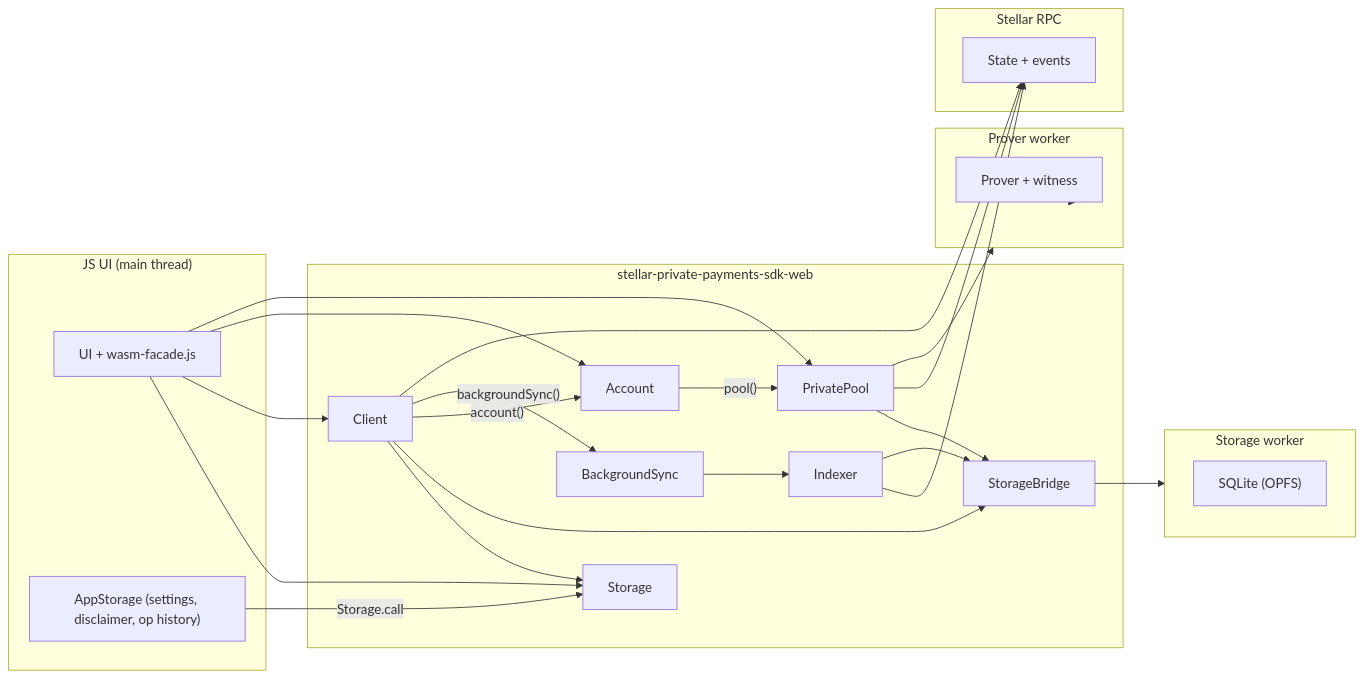
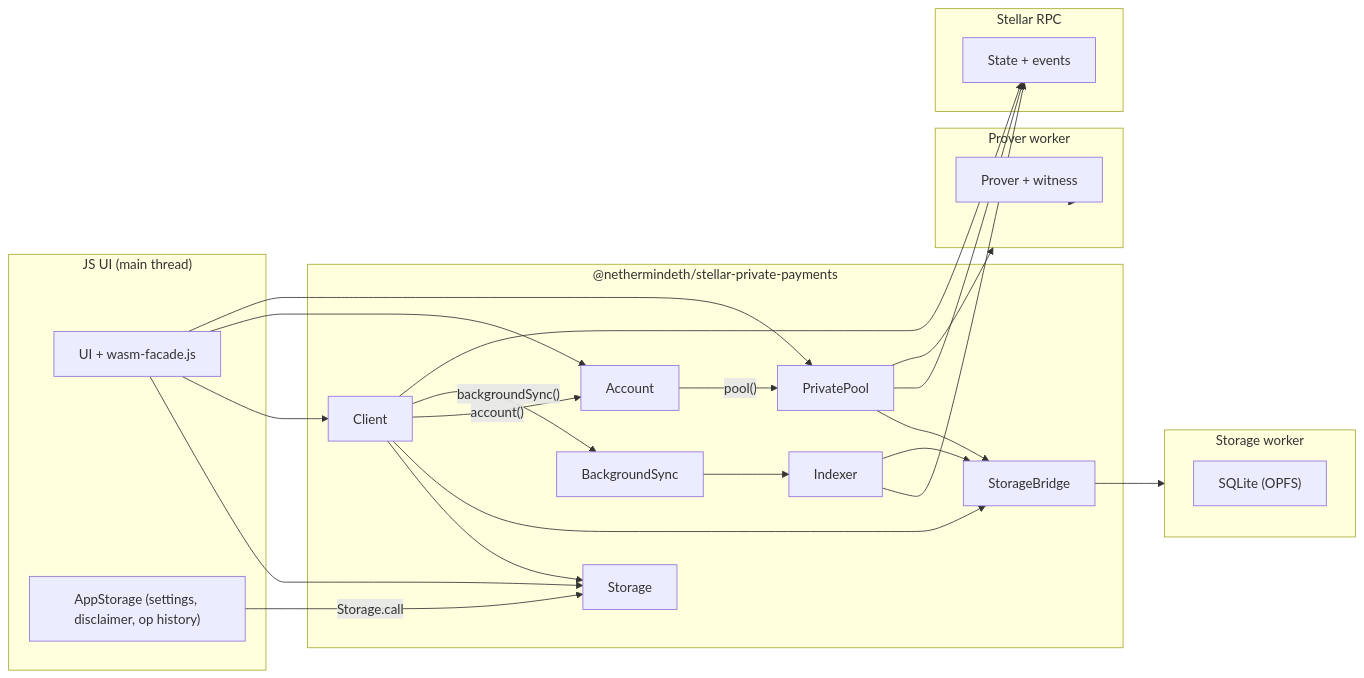
One commit to NethermindEth/stellar-private-payments changed the diagram in app/ARCHITECTURE.md. Above: the diagram before and after it, drawn with Mermaid. The commit also changed other lines of this file and 22 other files, not shown here.

````diff
--- a/app/ARCHITECTURE.md
+++ b/app/ARCHITECTURE.md
@@ -117,49 +117,49 @@
 ```mermaid
 flowchart LR
   subgraph JS["JS UI (main thread)"]
     UI["UI + wasm-facade.js"]
     AS["AppStorage (settings, disclaimer, op history)"]
   end
 
-  subgraph PKG["stellar-private-payments-sdk-web"]
+  subgraph PKG["@nethermindeth/stellar-private-payments"]
     ST["Storage"]
     CL["Client"]
     AC["Account"]
     PP["PrivatePool"]
     SB["StorageBridge"]
     BS["BackgroundSync"]
     IDX["Indexer"]
   end
 
   subgraph SW["Storage worker"]
     DB["SQLite (OPFS)"]
   end
 
   subgraph PW["Prover worker"]
     PR["Prover + witness"]
   end
 
   subgraph RPC["Stellar RPC"]
     RPCAPI["State + events"]
   end
 
   UI --> ST
   UI --> CL
   UI --> AC
   UI --> PP
   AS -->|"Storage.call"| ST
   CL --> ST
   CL --> SB
   CL -->|"account()"| AC
   CL -->|"backgroundSync()"| BS
   AC -->|"pool()"| PP
   PP --> SB
   PP --> PW
   BS --> IDX
   IDX --> RPCAPI
   IDX --> SB
   SB --> SW
   PW --> PR
   CL --> RPCAPI
   PP --> RPCAPI
 ```
````
